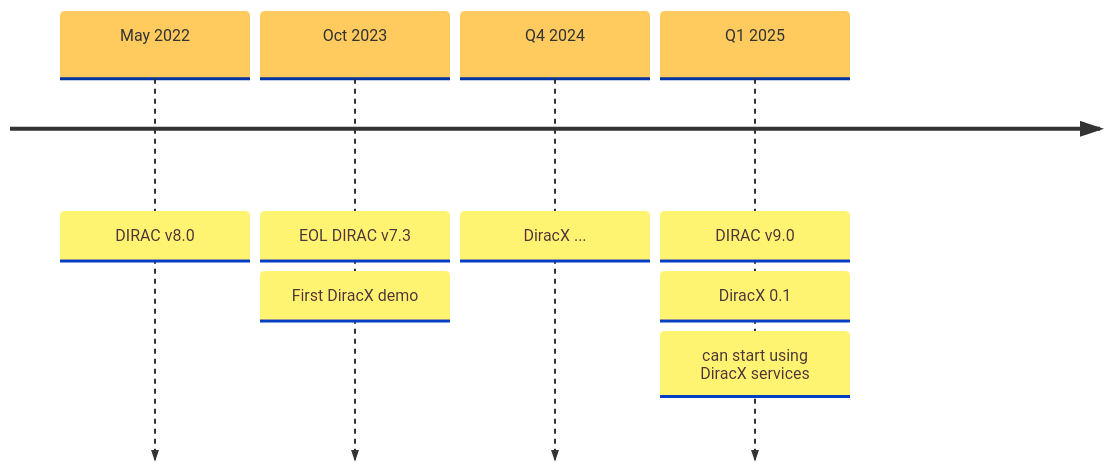
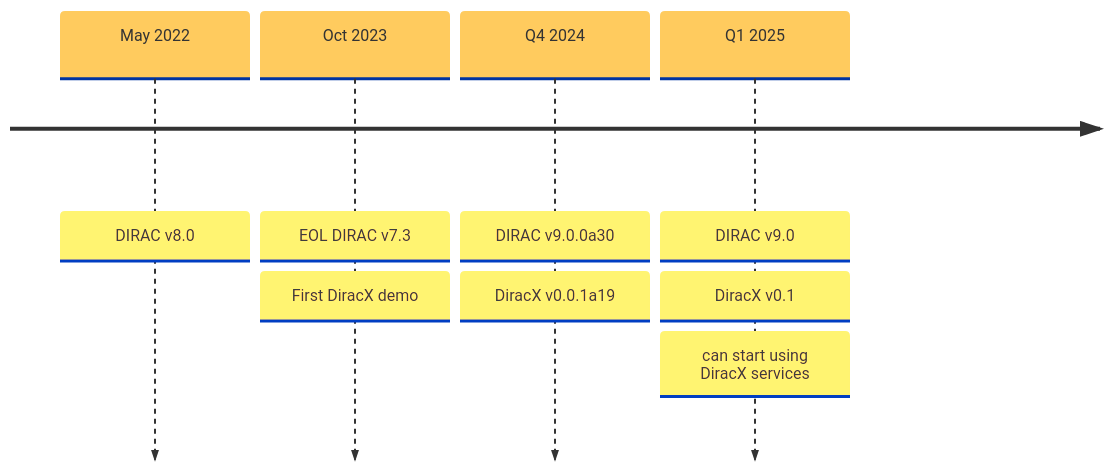
Before and after one commit to Soap2G/atlas-opendata-infrastructure: the seventh of 7 diagrams in slides.md, drawn with Mermaid. The commit also changed other lines of this file and 1 other file, not shown here.

````diff
--- a/slides.md
+++ b/slides.md
@@ -645,12 +659,13 @@
 ```mermaid
 %%{init: { 'logLevel': 'debug', 'theme': 'base', 'timeline': {'disableMulticolor': true}}}%%
 timeline
     May 2022 : DIRAC v8.0
     Oct 2023 : EOL DIRAC v7.3
              : First DiracX demo
-    Q4 2024  : DiracX ...
+    Q4 2024  : DIRAC v9.0.0a30
+             : DiracX v0.0.1a19
     Q1 2025  : DIRAC v9.0
-             : DiracX 0.1
+             : DiracX v0.1
              : can start using DiracX services
 
 ```
````
